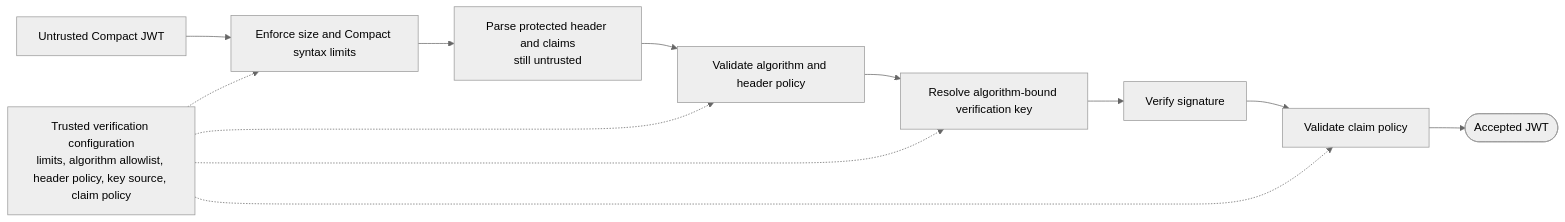
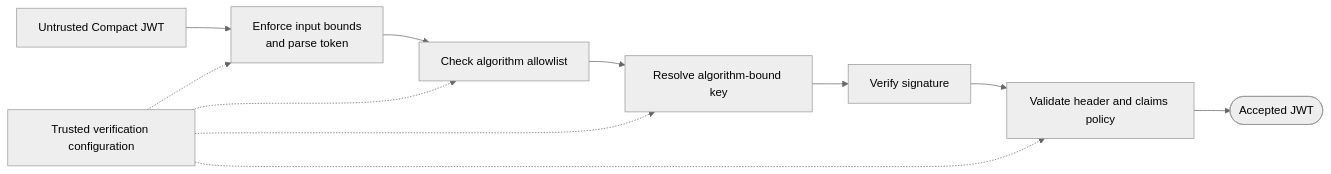
One commit to mkbeh/xjose changed the fourth of 20 diagrams in DESIGN.md. Above: the diagram before and after it, drawn with Mermaid (neutral theme). The commit also changed other lines of this file, not shown here.

Commit message:
docs: refine architectural design

````diff
--- a/DESIGN.md
+++ b/DESIGN.md
@@ -224,23 +239,21 @@
 ```mermaid
 flowchart LR
     Token[Untrusted Compact JWT]
-    Limits[Enforce size and Compact syntax limits]
-    Parse[Parse protected header and claims<br/>still untrusted]
-    Policy[Validate algorithm and header policy]
-    Resolve[Resolve algorithm-bound verification key]
+    Parse[Enforce input bounds<br/>and parse token]
+    Algorithm[Check algorithm allowlist]
+    Resolve[Resolve algorithm-bound key]
     Verify[Verify signature]
-    Claims[Validate claim policy]
+    Policy[Validate header and claims policy]
     Result([Accepted JWT])
-    Config[Trusted verification configuration<br/>limits, algorithm allowlist, header policy, key source, claim policy]
-    Token --> Limits
-    Limits --> Parse
-    Parse --> Policy
-    Policy --> Resolve
+    Config[Trusted verification configuration]
+    Token --> Parse
+    Parse --> Algorithm
+    Algorithm --> Resolve
     Resolve --> Verify
-    Verify --> Claims
-    Claims --> Result
-    Config -.-> Limits
+    Verify --> Policy
+    Policy --> Result
+    Config -.-> Parse
+    Config -.-> Algorithm
+    Config -.-> Resolve
     Config -.-> Policy
-    Config -.-> Resolve
-    Config -.-> Claims
 ```
````
